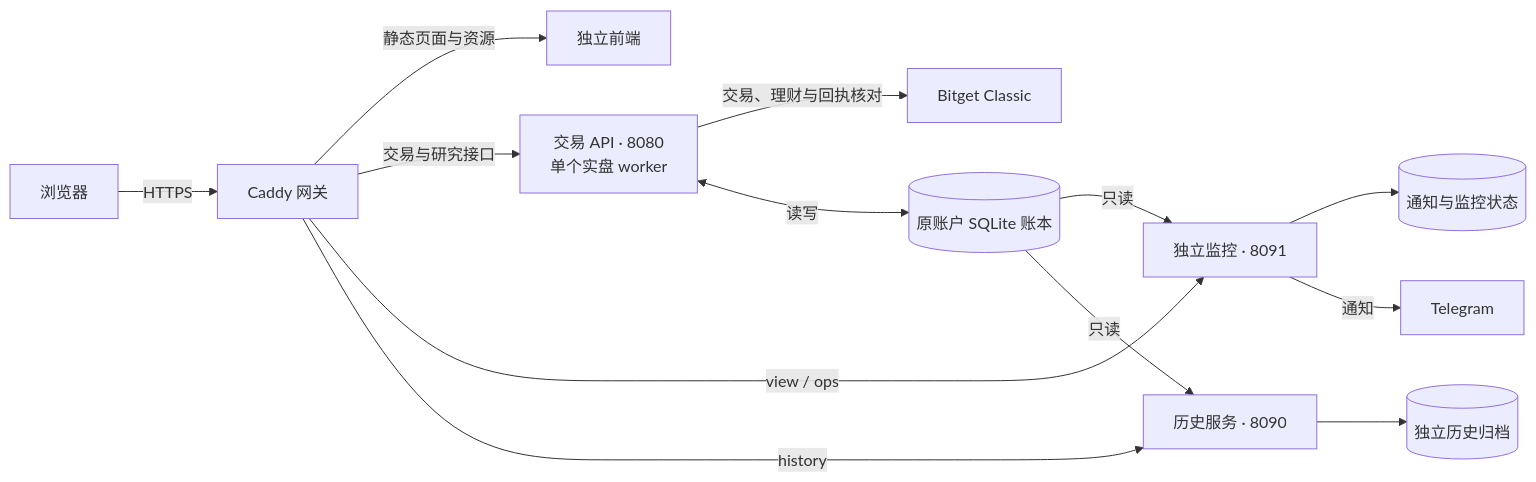
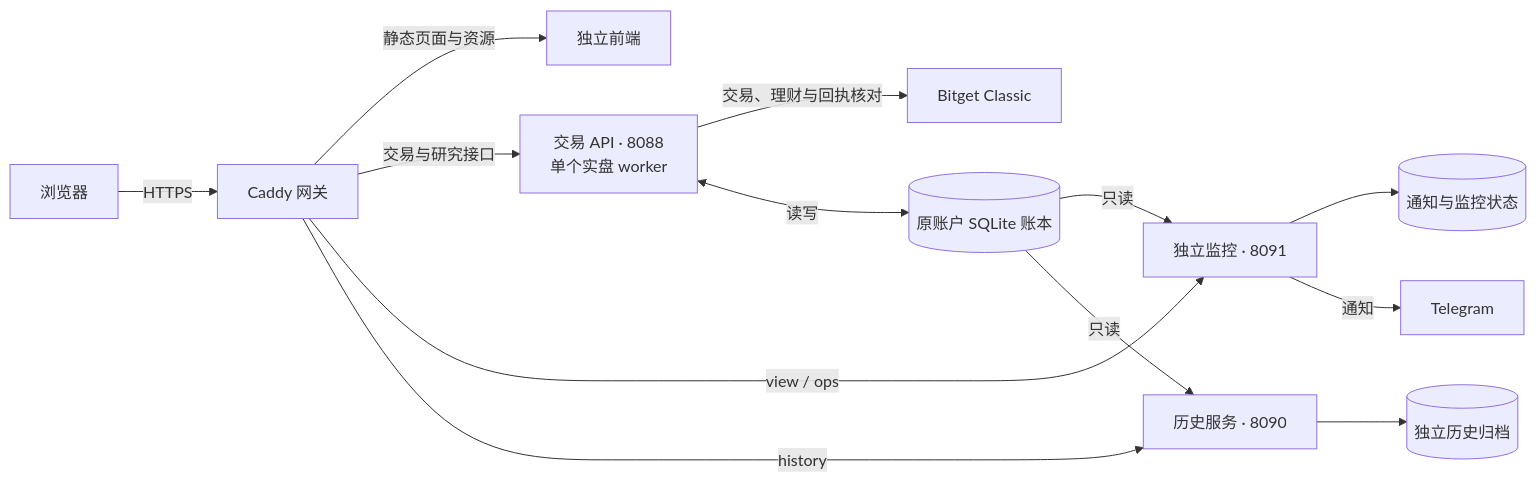
The first of 2 diagrams in README.md (mclxiaobawang/qs-trx-server), drawn with Mermaid before and after one commit. The commit also changed other lines of this file and 6 other files, not shown here.

````diff
--- a/README.md
+++ b/README.md
@@ -11,15 +11,15 @@
 ```mermaid
 flowchart LR
     Browser["浏览器"] -->|HTTPS| Gateway["Caddy 网关"]
     Gateway -->|静态页面与资源| Frontend["独立前端"]
-    Gateway -->|交易与研究接口| Trading["交易 API · 8080<br/>单个实盘 worker"]
+    Gateway -->|交易与研究接口| Trading["交易 API · 8088<br/>单个实盘 worker"]
     Gateway -->|view / ops| Observer["独立监控 · 8091"]
     Gateway -->|history| History["历史服务 · 8090"]
     Trading -->|交易、理财与回执核对| Bitget["Bitget Classic"]
     Trading <-->|读写| Ledger[("原账户 SQLite 账本")]
     Ledger -->|只读| Observer
     Ledger -->|只读| History
     Observer --> Ops[("通知与监控状态")]
     Observer -->|通知| Telegram["Telegram"]
     History --> Archive[("独立历史归档")]
 ```
````
